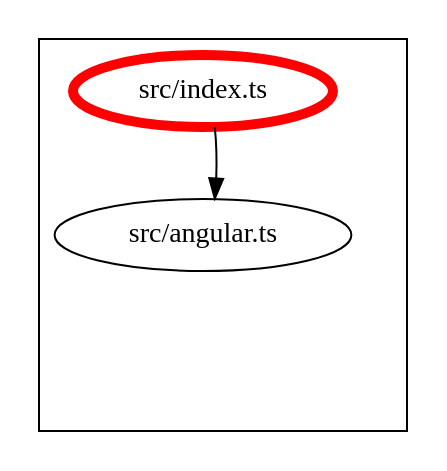
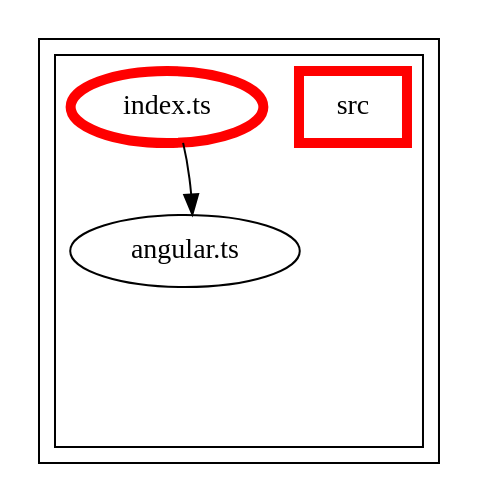
Before and after one commit to Siteimprove/alfa-integrations: the diagram in packages/alfa-angular/docs/dependency-graph.dot, drawn with Graphviz. The commit also changed 53 other files, not shown here.

Commit message:
Update dependency graphs

```diff
--- a/packages/alfa-angular/docs/dependency-graph.dot
+++ b/packages/alfa-angular/docs/dependency-graph.dot
@@ -1,32 +1,51 @@
 digraph "dependency-graph-@siteimprove/alfa-angular" {
   compound = true;
   "src/angular.ts";
   subgraph "cluster_src" {
     color = "#000000";
     label = "";
-    "src/angular.ts" [
-      label = "src/angular.ts";
-    ];
     "exit_src" [
       style = "invis";
     ];
-    "src/index.ts" [
-      label = "src/index.ts";
-      color = "#ff0000";
-      penwidth = 5;
-    ];
-    "src/angular.ts" -> "exit_src" [
+    subgraph "cluster_src" {
+      color = "#000000";
+      label = "";
+      "name_src" [
+        penwidth = 5;
+        shape = "rectangle";
+        color = "#ff0000";
+        label = "src";
+      ];
+      "exit_src" [
+        style = "invis";
+      ];
+      "src/angular.ts" [
+        label = "angular.ts";
+      ];
+      "src/index.ts" [
+        label = "index.ts";
+        color = "#ff0000";
+        penwidth = 5;
+      ];
+      "src/angular.ts" -> "exit_src" [
+        style = "invis";
+      ];
+      "src/index.ts" -> "exit_src" [
+        style = "invis";
+      ];
+    }
+    "exit_src" -> "exit_src" [
       style = "invis";
     ];
-    "src/index.ts" -> "exit_src" [
+    "exit_src" -> "exit_src" [
       style = "invis";
     ];
   }
   "src/index.ts" -> "src/angular.ts" [
     style = "invis";
   ];
   "src/index.ts" -> "src/angular.ts" [
     style = "solid";
     color = "black";
   ];
 }
```
